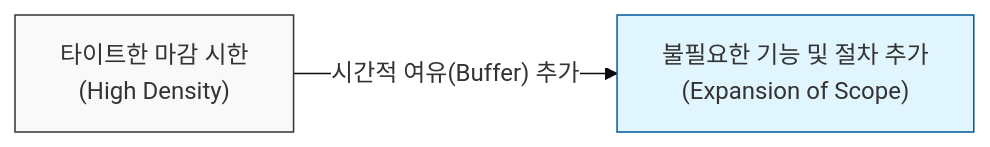
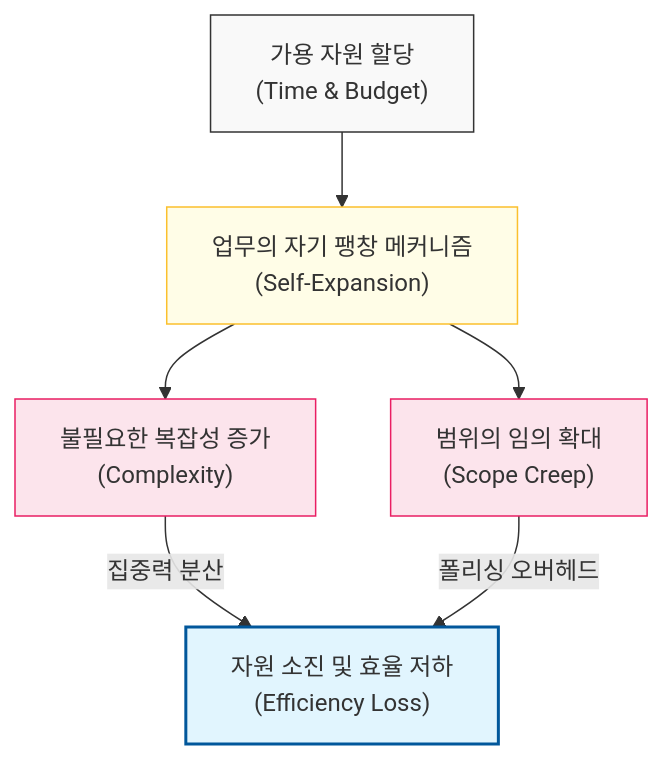
One commit to jeonck/ai-sw-engineering changed the second of 2 diagrams in docs/laws/parkinsons-law.md. Above: the diagram before and after it, drawn with Mermaid. The commit also changed other lines of this file and 29 other files, not shown here.

````diff
--- a/docs/laws/parkinsons-law.md
+++ b/docs/laws/parkinsons-law.md
@@ -29,7 +30,16 @@
 ```mermaid
-%%{init: { 'theme': 'base', 'themeVariables': { 'edgeLabelBackground': '#fff' }}}%%
-flowchart LR
-    A2["타이트한 마감 시한\n(High Density)"] -- "시간적 여유(Buffer) 추가" --> B2["불필요한 기능 및 절차 추가\n(Expansion of Scope)"]
-    style A2 fill:#f9f9f9,stroke:#333,stroke-width:1px
-    style B2 fill:#e1f5fe,stroke:#01579b,stroke-width:1px
+graph TD
+    Resource["가용 자원 할당\n(Time & Budget)"] --> Mechanism["업무의 자기 팽창 메커니즘\n(Self-Expansion)"]
+    
+    Mechanism --> Complexity["불필요한 복잡성 증가\n(Complexity)"]
+    Mechanism --> Scope["범위의 임의 확대\n(Scope Creep)"]
+    
+    Complexity -- "집중력 분산" --> Waste["자원 소진 및 효율 저하\n(Efficiency Loss)"]
+    Scope -- "폴리싱 오버헤드" --> Waste
+    
+    style Resource fill:#f9f9f9,stroke:#333,stroke-width:1px
+    style Mechanism fill:#fffde7,stroke:#fbc02d,stroke-width:1px
+    style Complexity fill:#fce4ec,stroke:#e91e63,stroke-width:1px
+    style Scope fill:#fce4ec,stroke:#e91e63,stroke-width:1px
+    style Waste fill:#e1f5fe,stroke:#01579b,stroke-width:2px
 ```
````
